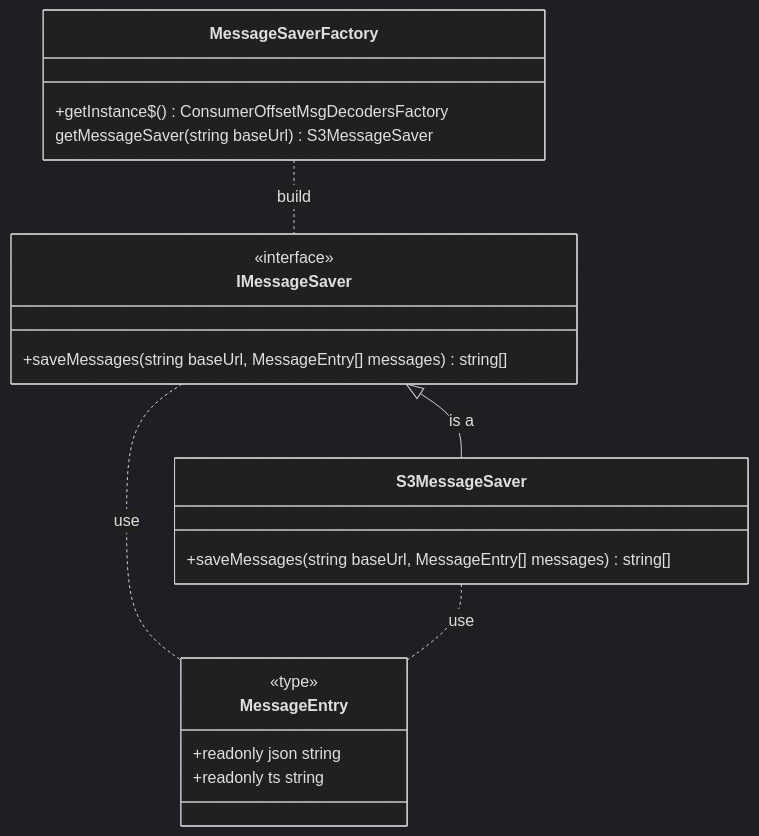
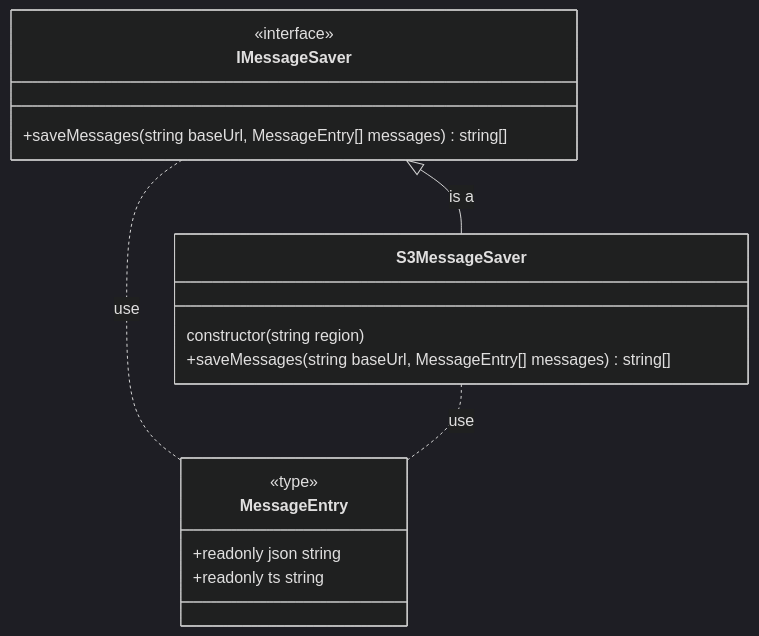
Before and after one commit to pagopa/interop-infra-commons: the diagram in apps/dump-kafka-consumer_offsets-topic/src/aws-s3-indexer/design.md, drawn with Mermaid (dark theme). The commit also changed other lines of this file and 9 other files, not shown here.

````diff
--- a/apps/dump-kafka-consumer_offsets-topic/src/aws-s3-indexer/design.md
+++ b/apps/dump-kafka-consumer_offsets-topic/src/aws-s3-indexer/design.md
@@ -8,29 +8,24 @@
 ```mermaid
 classDiagram
     direction TB
 
     class MessageEntry {
         <<type>>
         +readonly json string
         +readonly ts string
     }
 
-    class MessageSaverFactory {
-        +getInstance$() ConsumerOffsetMsgDecodersFactory
-
-        getMessageSaver( string baseUrl ) S3MessageSaver
-    }
-    MessageSaverFactory .. IMessageSaver: build
-    
     class IMessageSaver {
         <<interface>>
         +saveMessages( string baseUrl, MessageEntry[] messages ) string[]
     }
     IMessageSaver .. MessageEntry: use
 
     class S3MessageSaver {
+        constructor( string region )
+        
         +saveMessages( string baseUrl, MessageEntry[] messages ) string[]
     }
     IMessageSaver <|-- S3MessageSaver : is a
     S3MessageSaver .. MessageEntry: use
 ```
````
